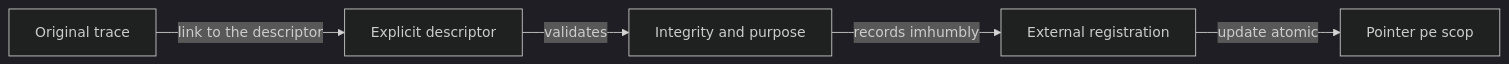
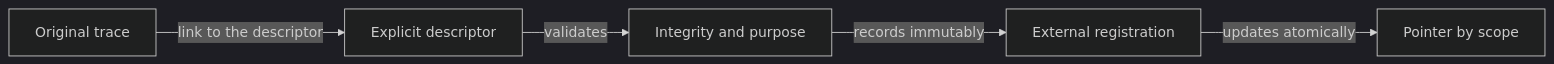
One commit to crististefanita/atf_j4 changed the diagram in docs/reporting/ATF_Handoff.md. Above: the diagram before and after it, drawn with Mermaid (dark theme). The commit also changed other lines of this file and 126 other files, not shown here.

````diff
--- a/docs/reporting/ATF_Handoff.md
+++ b/docs/reporting/ATF_Handoff.md
@@ -9,7 +9,7 @@
 ```mermaid
 flowchart LR
     TRACE[Original trace] -->|link to the descriptor| DESC[Explicit descriptor]
     DESC -->|validates| CHECK[Integrity and purpose]
-    CHECK -->|records imhumbly| ARCH[External registration]
-    ARCH -->|update atomic| POINTER[Pointer pe scop]
+    CHECK -->|records immutably| ARCH[External registration]
+    ARCH -->|updates atomically| POINTER[Pointer by scope]
 ```
````
